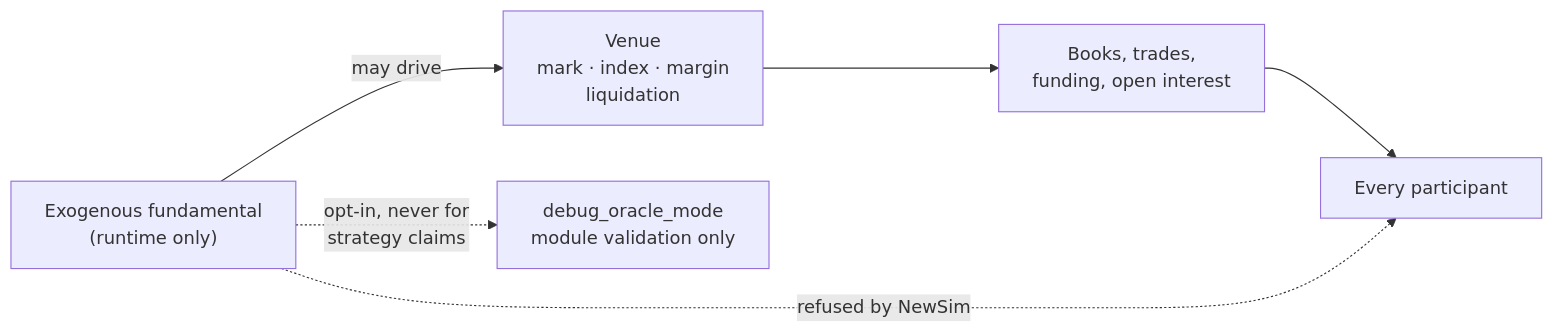
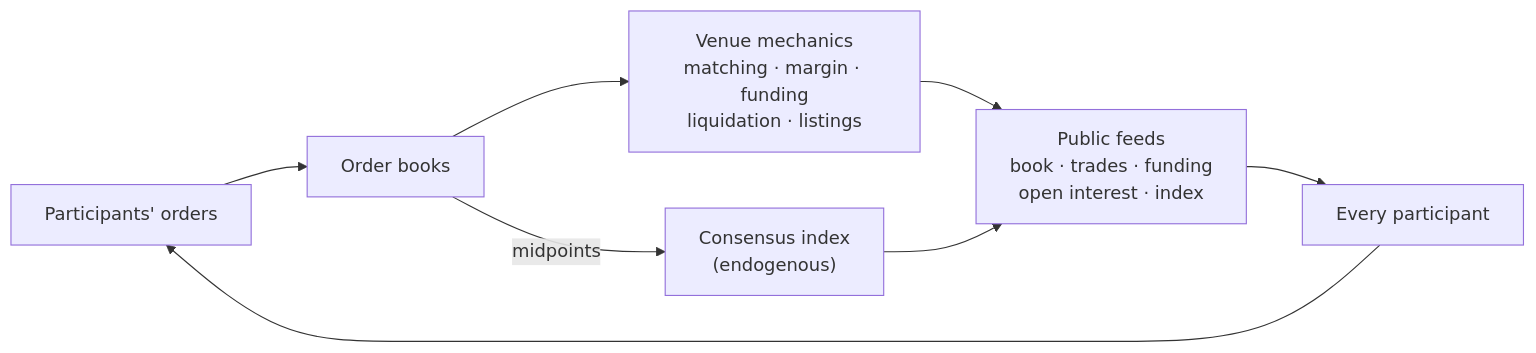
One commit to VladKochetov007/ExchangeSimulation changed the fourth of 4 diagrams in README.md. Above: the diagram before and after it, drawn with Mermaid. The commit also changed other lines of this file and 1 other file, not shown here.

First line of the commit message:
docs: describe the market as purely order-driven

````diff
--- a/README.md
+++ b/README.md
@@ -218,14 +219,16 @@
 ```mermaid
 flowchart LR
-    FUND["Exogenous fundamental</br>(runtime only)"]
-    VENUE["Venue</br>mark · index · margin</br>liquidation"]
-    BOOKS2["Books, trades,</br>funding, open interest"]
+    ORD["Participants' orders"]
+    BOOK["Order books"]
+    VEN["Venue mechanics</br>matching · margin · funding</br>liquidation · listings"]
+    FEED["Public feeds</br>book · trades · funding</br>open interest · index"]
     PART["Every participant"]
-    DBG["debug_oracle_mode</br>module validation only"]
 
-    FUND -- "may drive" --> VENUE
-    VENUE --> BOOKS2
-    BOOKS2 --> PART
-    FUND -. "refused by NewSim" .-> PART
-    FUND -. "opt-in, never for</br>strategy claims" .-> DBG
+    ORD --> BOOK
+    BOOK --> VEN
+    VEN --> FEED
+    FEED --> PART
+    PART --> ORD
+    BOOK -- "midpoints" --> IDX["Consensus index</br>(endogenous)"]
+    IDX --> FEED
 ```
````
